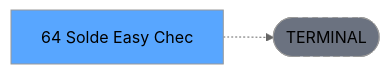
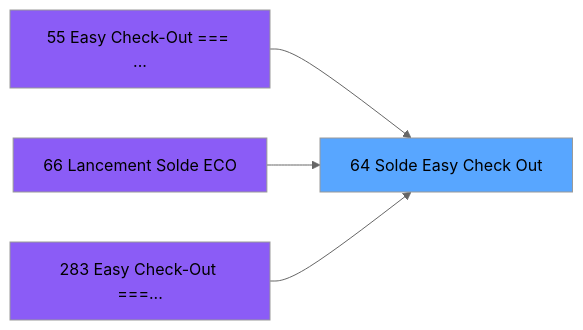
The second of 3 diagrams in .openspec/specs/ADH-IDE-64.md (thonyAGP/magic-migration), drawn with Mermaid (neutral theme) before and after one commit. The commit also changed other lines of this file and 253 other files, not shown here.

````diff
--- a/.openspec/specs/ADH-IDE-64.md
+++ b/.openspec/specs/ADH-IDE-64.md
@@ -155,8 +1023,14 @@
 ```mermaid
 graph LR
-    T[64 Solde Easy Chec]
-    TERM([TERMINAL])
-    T -.-> TERM
-    style TERM fill:#6b7280,stroke-dasharray: 5 5
-    style T fill:#58a6ff,color:#000
+    T64[64 Solde Easy Check Out]
+    style T64 fill:#58a6ff
+    CC283[283 Easy Check-Out ===...]
+    style CC283 fill:#8b5cf6
+    CC66[66 Lancement Solde ECO]
+    style CC66 fill:#8b5cf6
+    CC55[55 Easy Check-Out === ...]
+    style CC55 fill:#8b5cf6
+    CC55 --> T64
+    CC66 --> T64
+    CC283 --> T64
 ```
````
